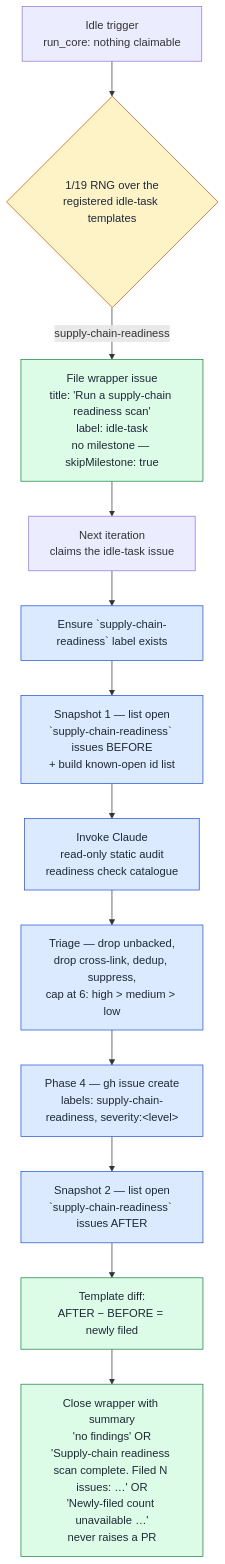
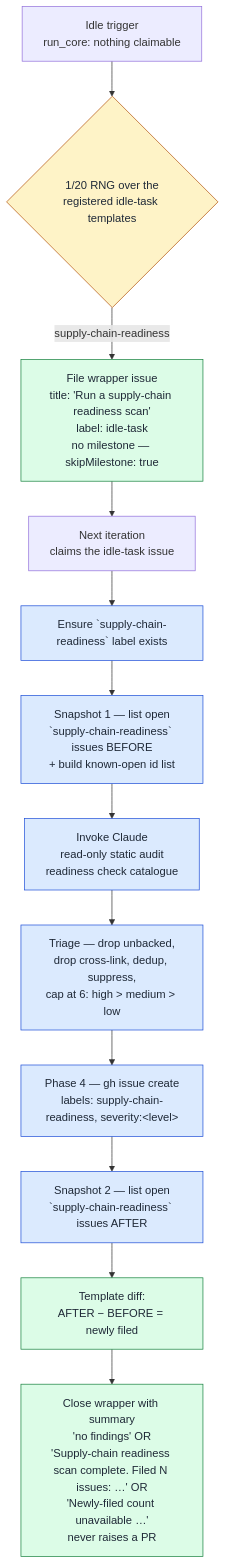
The second of 2 diagrams in docs/SUPPLY-CHAIN-READINESS-SCAN.md (stSoftwareAU/VibeCoder), drawn with Mermaid before and after one commit. The commit also changed other lines of this file and 30 other files, not shown here.

````diff
--- a/docs/SUPPLY-CHAIN-READINESS-SCAN.md
+++ b/docs/SUPPLY-CHAIN-READINESS-SCAN.md
@@ -201,20 +201,20 @@
 ```mermaid
 flowchart TD
     classDef gate fill:#fef3c7,stroke:#b45309,color:#1f2937;
     classDef phase fill:#dbeafe,stroke:#1d4ed8,color:#1f2937;
     classDef output fill:#dcfce7,stroke:#15803d,color:#1f2937;
 
     Idle[Idle trigger<br/>run_core: nothing claimable]
-    Idle --> Pick{1/19 RNG over the<br/>registered idle-task templates}
+    Idle --> Pick{1/20 RNG over the<br/>registered idle-task templates}
     Pick -- supply-chain-readiness --> FileWrapper[File wrapper issue<br/>title: 'Run a supply-chain readiness scan'<br/>label: idle-task<br/>no milestone — skipMilestone: true]:::output
     FileWrapper --> Claim[Next iteration<br/>claims the idle-task issue]
     Claim --> Ensure[Ensure `supply-chain-readiness` label exists]:::phase
     Ensure --> Before[Snapshot 1 — list open<br/>`supply-chain-readiness` issues BEFORE<br/>+ build known-open id list]:::phase
     Before --> Run[Invoke Claude<br/>read-only static audit<br/>readiness check catalogue]:::phase
     Run --> Cap[Triage — drop unbacked,<br/>drop cross-link, dedup, suppress,<br/>cap at 6: high > medium > low]:::phase
     Cap --> FileFindings[Phase 4 — gh issue create<br/>labels: supply-chain-readiness, severity:&lt;level&gt;]:::phase
     FileFindings --> After[Snapshot 2 — list open<br/>`supply-chain-readiness` issues AFTER]:::phase
     After --> Diff[Template diff:<br/>AFTER − BEFORE = newly filed]:::output
     Diff --> Close[Close wrapper with summary<br/>'no findings' OR<br/>'Supply-chain readiness scan complete. Filed N issues: …' OR<br/>'Newly-filed count unavailable …'<br/>never raises a PR]:::output
     class Pick gate;
 ```
````
